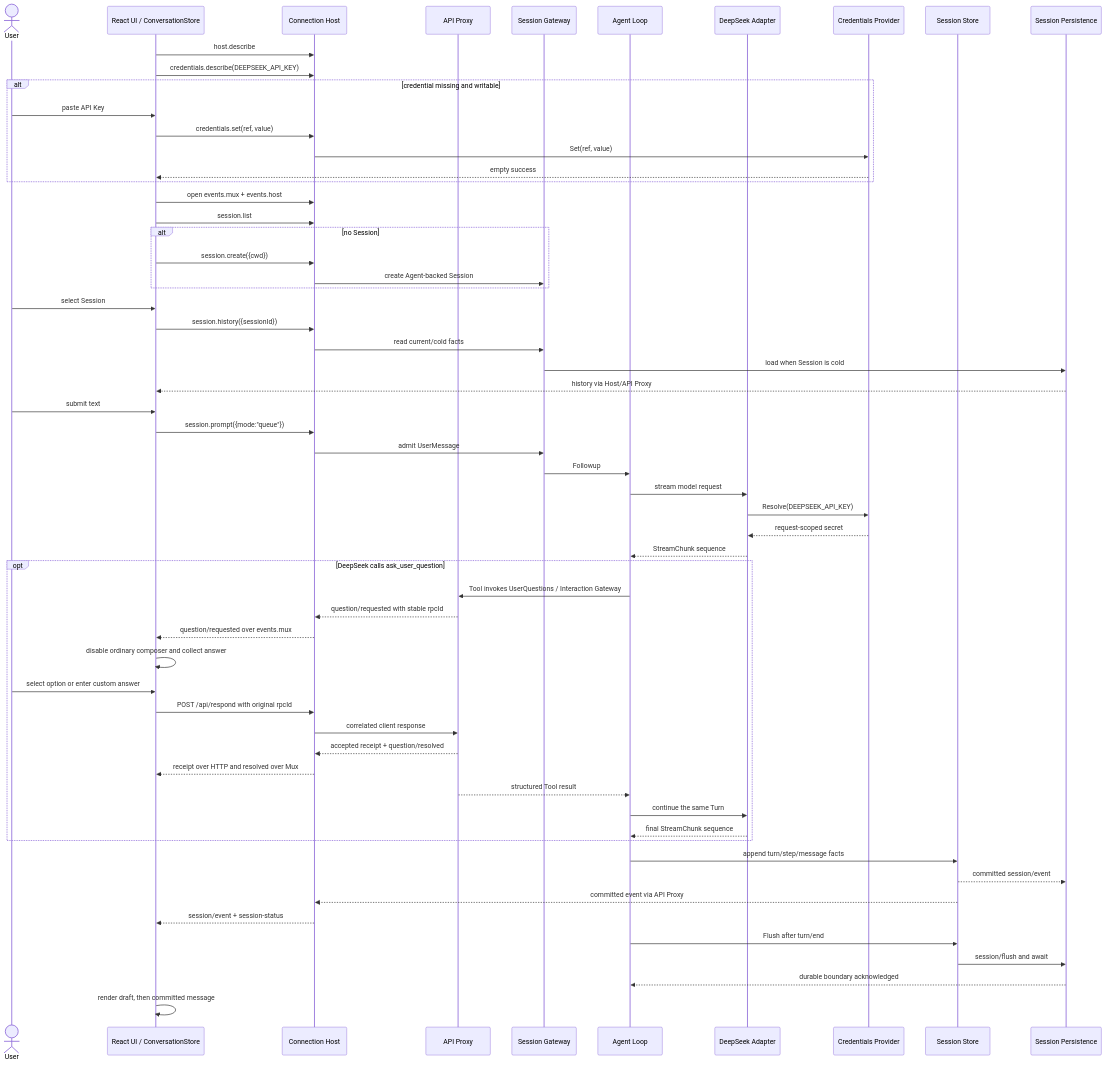
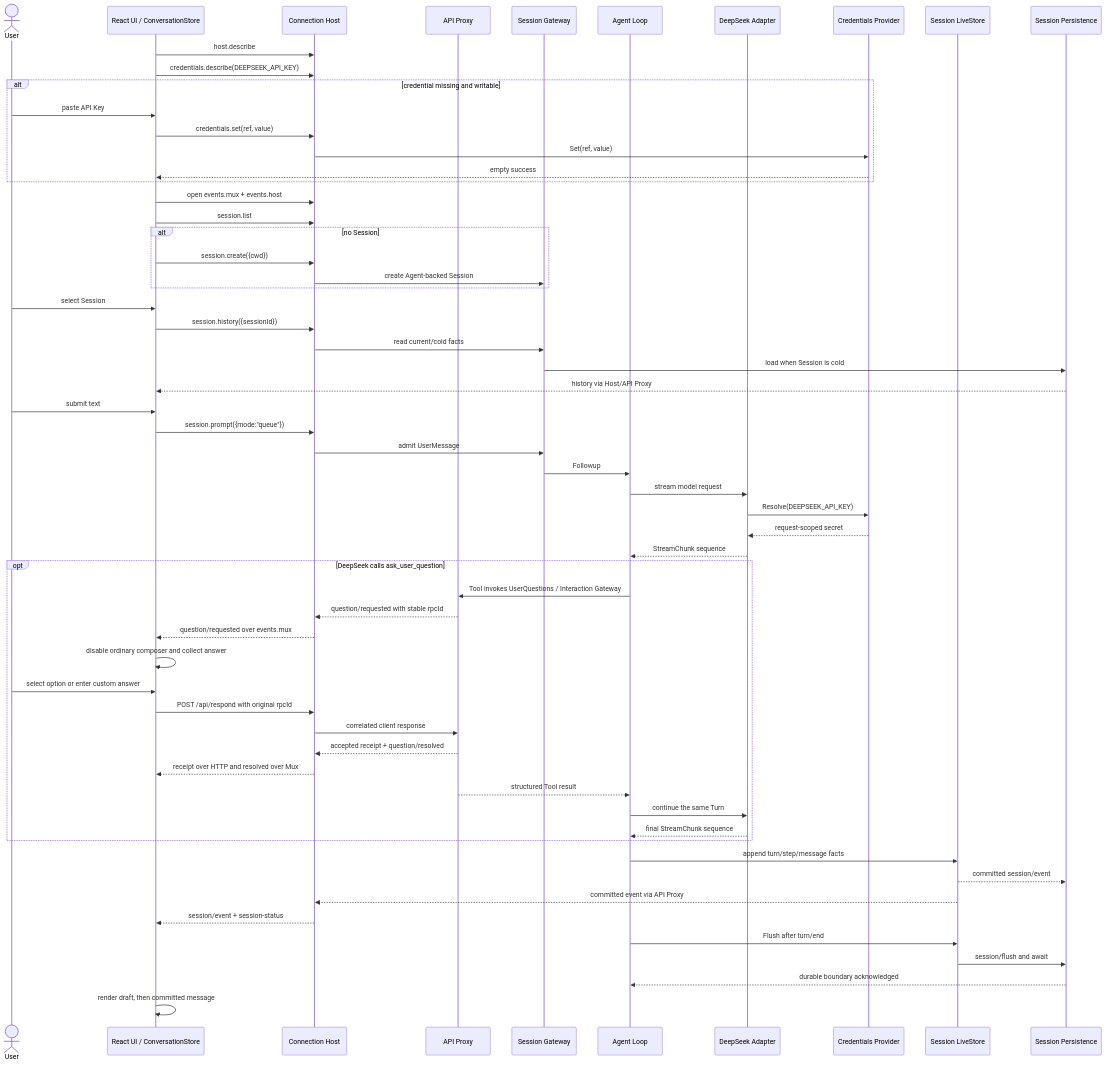
Before and after one commit to gorenx/goren: the diagram in zh-CN/21-web-agent-main-flow.md, drawn with Mermaid. The commit also changed other lines of this file and 27 other files, not shown here.

````diff
--- a/zh-CN/21-web-agent-main-flow.md
+++ b/zh-CN/21-web-agent-main-flow.md
@@ -65,63 +65,63 @@
 ```mermaid
 sequenceDiagram
     actor U as User
     participant W as React UI / ConversationStore
     participant H as Connection Host
     participant A as API Proxy
     participant S as Session Gateway
     participant G as Agent Loop
     participant D as DeepSeek Adapter
     participant K as Credentials Provider
-    participant C as Session Store
+    participant C as Session LiveStore
     participant P as Session Persistence
 
     W->>H: host.describe
     W->>H: credentials.describe(DEEPSEEK_API_KEY)
     alt credential missing and writable
         U->>W: paste API Key
         W->>H: credentials.set(ref, value)
         H->>K: Set(ref, value)
         K-->>W: empty success
     end
     W->>H: open events.mux + events.host
     W->>H: session.list
     alt no Session
         W->>H: session.create({cwd})
         H->>S: create Agent-backed Session
     end
     U->>W: select Session
     W->>H: session.history({sessionId})
     H->>S: read current/cold facts
     S->>P: load when Session is cold
     P-->>W: history via Host/API Proxy
     U->>W: submit text
     W->>H: session.prompt({mode:"queue"})
     H->>S: admit UserMessage
     S->>G: Followup
     G->>D: stream model request
     D->>K: Resolve(DEEPSEEK_API_KEY)
     K-->>D: request-scoped secret
     D-->>G: StreamChunk sequence
     opt DeepSeek calls ask_user_question
         G->>A: Tool invokes UserQuestions / Interaction Gateway
         A-->>H: question/requested with stable rpcId
         H-->>W: question/requested over events.mux
         W->>W: disable ordinary composer and collect answer
         U->>W: select option or enter custom answer
         W->>H: POST /api/respond with original rpcId
         H->>A: correlated client response
         A-->>H: accepted receipt + question/resolved
         H-->>W: receipt over HTTP and resolved over Mux
         A-->>G: structured Tool result
         G->>D: continue the same Turn
         D-->>G: final StreamChunk sequence
     end
     G->>C: append turn/step/message facts
     C-->>P: committed session/event
     C-->>H: committed event via API Proxy
     H-->>W: session/event + session-status
     G->>C: Flush after turn/end
     C->>P: session/flush and await
     P-->>G: durable boundary acknowledged
     W->>W: render draft, then committed message
 ```
````
